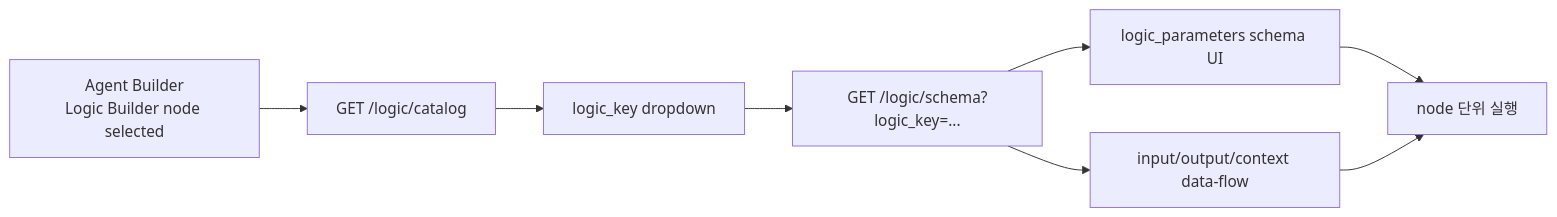
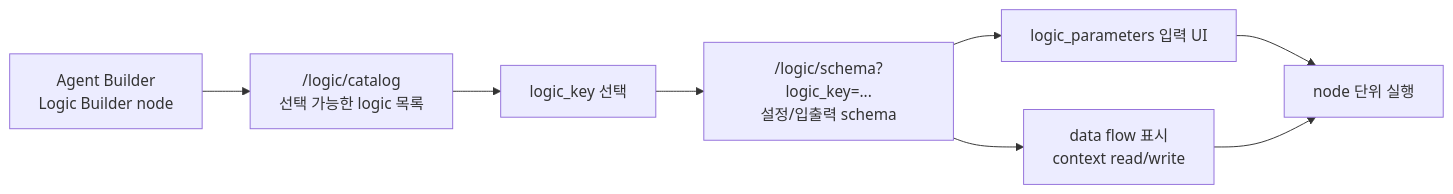
Before and after one commit to djoo-lgcns/dotfiles: the seventh of 8 diagrams in README.md, drawn with Mermaid. The commit also changed other lines of this file, not shown here.

````diff
--- a/README.md
+++ b/README.md
@@ -334,10 +204,10 @@
 ```mermaid
 flowchart LR
-  UI["Agent Builder<br/>Logic Builder node selected"] --> CAT["GET /logic/catalog"]
-  CAT --> PICK["logic_key dropdown"]
-  PICK --> SCH["GET /logic/schema?logic_key=..."]
-  SCH --> CFG["logic_parameters schema UI"]
-  SCH --> DF["input/output/context data-flow"]
-  CFG --> RUN["node 단위 실행"]
-  DF --> RUN
+  UI["Agent Builder<br/>Logic Builder node"] --> CATALOG["/logic/catalog<br/>선택 가능한 logic 목록"]
+  CATALOG --> KEY["logic_key 선택"]
+  KEY --> SCHEMA["/logic/schema?logic_key=...<br/>설정/입출력 schema"]
+  SCHEMA --> PARAM["logic_parameters 입력 UI"]
+  SCHEMA --> FLOW["data flow 표시<br/>context read/write"]
+  PARAM --> RUN["node 단위 실행"]
+  FLOW --> RUN
 ```
````
